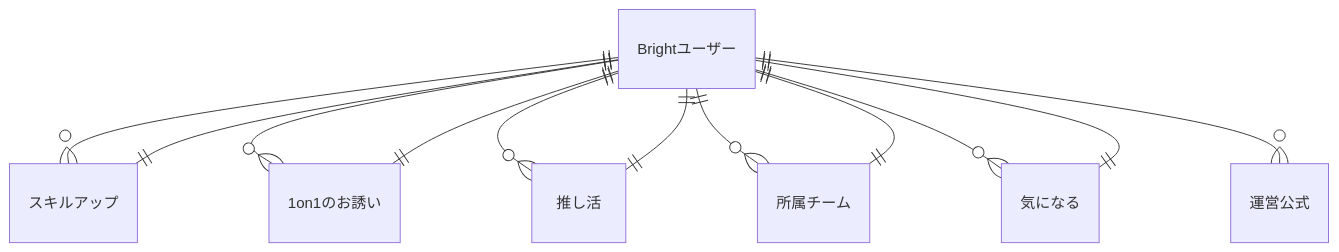
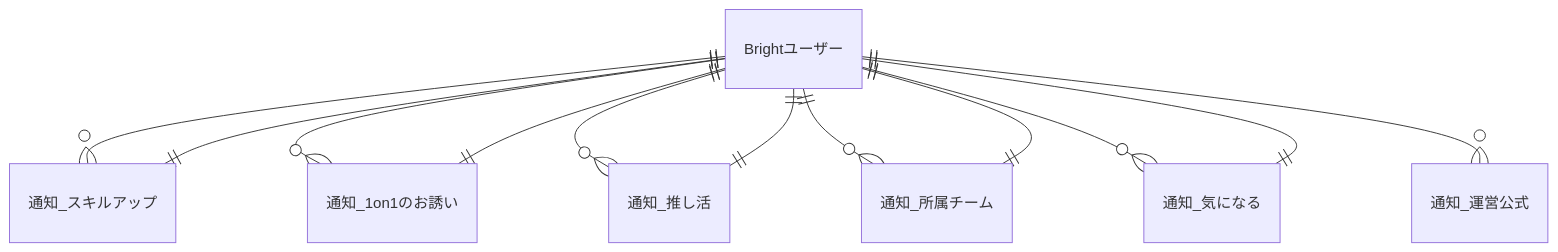
The second of 4 diagrams in docs/conceptual_schemas/notifications.md (bright-org/bright), drawn with Mermaid before and after one commit. The commit also changed other lines of this file, not shown here.

Commit message:
テーブル名変更

```````diff
--- a/docs/conceptual_schemas/notifications.md
+++ b/docs/conceptual_schemas/notifications.md
@@ -28,20 +28,20 @@
 ```mermaid
 erDiagram
-  "Brightユーザー" ||--o{ "スキルアップ" : ""
-  "スキルアップ" ||--|| "Brightユーザー" : ""
+  "Brightユーザー" ||--o{ "通知_スキルアップ" : ""
+  "通知_スキルアップ" ||--|| "Brightユーザー" : ""
 
-  "Brightユーザー" ||--o{ "1on1のお誘い" : ""
-  "1on1のお誘い" ||--|| "Brightユーザー" : ""
+  "Brightユーザー" ||--o{ "通知_1on1のお誘い" : ""
+  "通知_1on1のお誘い" ||--|| "Brightユーザー" : ""
 
-  "Brightユーザー" ||--o{ "推し活" : ""
-  "推し活" ||--|| "Brightユーザー" : ""
+  "Brightユーザー" ||--o{ "通知_推し活" : ""
+  "通知_推し活" ||--|| "Brightユーザー" : ""
 
-  "Brightユーザー" ||--o{ "所属チーム" : ""
-  "所属チーム" ||--|| "Brightユーザー" : ""
+  "Brightユーザー" ||--o{ "通知_所属チーム" : ""
+  "通知_所属チーム" ||--|| "Brightユーザー" : ""
 
-  "Brightユーザー" ||--o{ "気になる" : ""
-  "気になる" ||--|| "Brightユーザー" : ""
+  "Brightユーザー" ||--o{ "通知_気になる" : ""
+  "通知_気になる" ||--|| "Brightユーザー" : ""
 
-  "Brightユーザー" ||--o{ "運営公式" : ""
+  "Brightユーザー" ||--o{ "通知_運営公式" : ""
 
 ``````
```````
